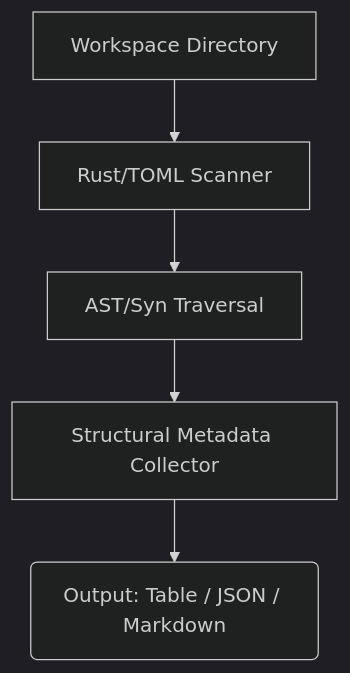
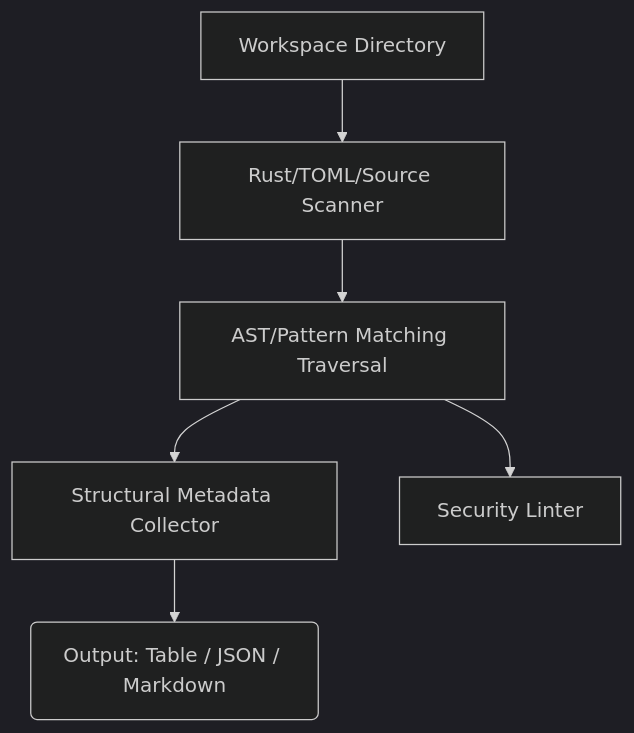
Before and after one commit to STELLAR-PATH/stellarpath-cli: the diagram in README.md, drawn with Mermaid (dark theme). The commit also changed other lines of this file, not shown here.

````diff
--- a/README.md
+++ b/README.md
@@ -22,7 +27,8 @@
 ```mermaid
 graph TD
-    A[Workspace Directory] --> B[Rust/TOML Scanner]
-    B --> C[AST/Syn Traversal]
+    A[Workspace Directory] --> B[Rust/TOML/Source Scanner]
+    B --> C[AST/Pattern Matching Traversal]
     C --> D[Structural Metadata Collector]
+    C --> F[Security Linter]
     D --> E(Output: Table / JSON / Markdown)
 ```
````
